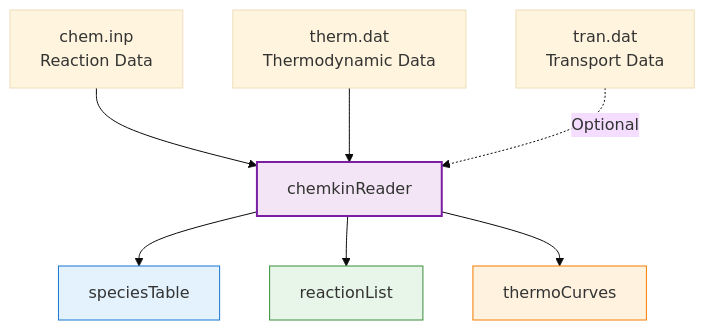
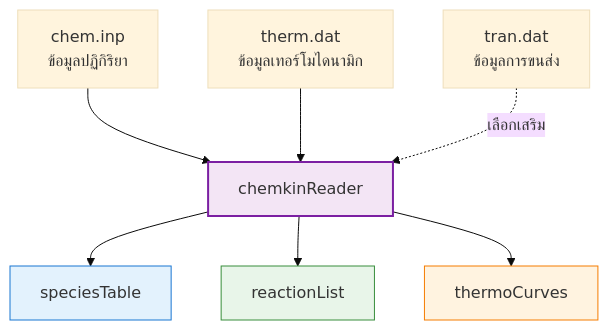
Before and after one commit to wramet/build-my-cfd: the first of 2 diagrams in MODULE_06_ADVANCED_PHYSICS/CONTENT/03_REACTING_FLOWS/04_Chemkin_Parsing.md, drawn with Mermaid (base theme). The commit also changed other lines of this file and 104 other files, not shown here.

````diff
--- a/MODULE_06_ADVANCED_PHYSICS/CONTENT/03_REACTING_FLOWS/04_Chemkin_Parsing.md
+++ b/MODULE_06_ADVANCED_PHYSICS/CONTENT/03_REACTING_FLOWS/04_Chemkin_Parsing.md
@@ -16,15 +16,15 @@
 ```mermaid
 flowchart TD
-    A[chem.inp<br/>Reaction Data] --> R[chemkinReader]
-    B[therm.dat<br/>Thermodynamic Data] --> R
-    C[tran.dat<br/>Transport Data] -.->|Optional| R
+    A[chem.inp<br/>ข้อมูลปฏิกิริยา] --> R[chemkinReader]
+    B[therm.dat<br/>ข้อมูลเทอร์โมไดนามิก] --> R
+    C[tran.dat<br/>ข้อมูลการขนส่ง] -.->|เลือกเสริม| R
 
     R --> ST[speciesTable]
     R --> RL[reactionList]
     R --> TC[thermoCurves]
 
     style R fill:#f3e5f5,stroke:#7b1fa2,stroke-width:2px
     style ST fill:#e3f2fd,stroke:#1976d2
     style RL fill:#e8f5e9,stroke:#388e3c
     style TC fill:#fff3e0,stroke:#f57c00
 ```
````
